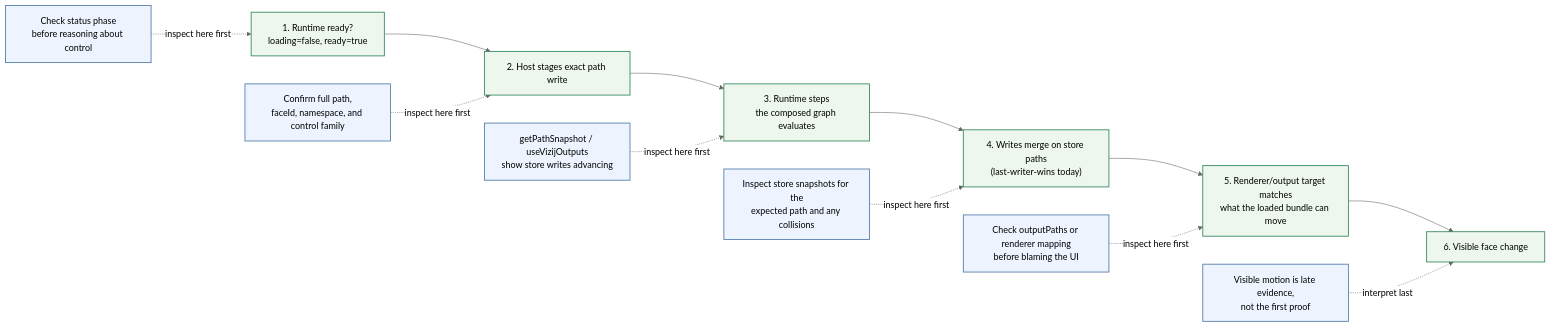
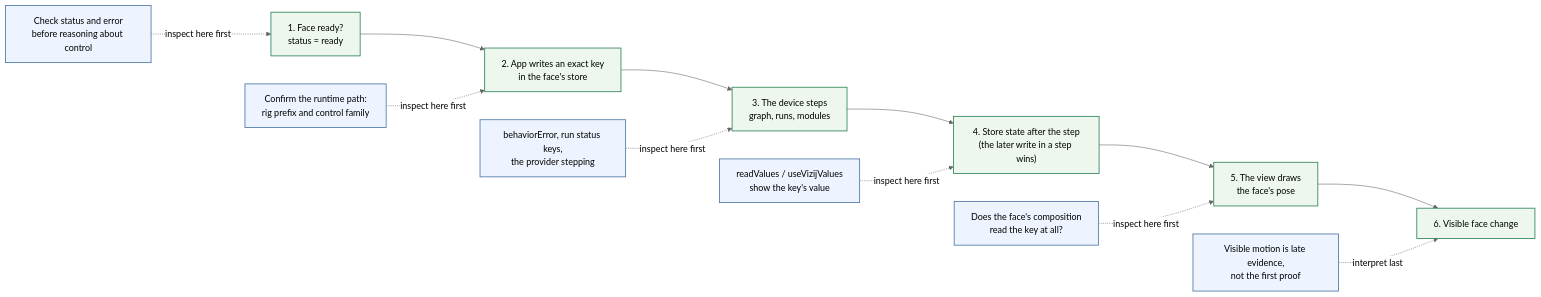
One commit to vizij-ai/vizij-docs changed the diagram in current_documentation/guidebook/control/orchestration-and-diagnostics.md. Above: the diagram before and after it, drawn with Mermaid (neutral theme). The commit also changed other lines of this file and 6 other files, not shown here.

````diff
--- a/current_documentation/guidebook/control/orchestration-and-diagnostics.md
+++ b/current_documentation/guidebook/control/orchestration-and-diagnostics.md
@@ -50,28 +50,28 @@
 ```mermaid
 flowchart LR
     classDef stage fill:#eef7ee,stroke:#2f855a,stroke-width:1.5px
     classDef evidence fill:#eef4ff,stroke:#4e79a7,stroke-width:1.5px
 
-    ready["1. Runtime ready?\nloading=false, ready=true"] --> stage["2. Host stages exact path write"]
-    stage --> step["3. Runtime steps\nthe composed graph evaluates"]
-    step --> merge["4. Writes merge on store paths\n(last-writer-wins today)"]
-    merge --> render["5. Renderer/output target matches\nwhat the loaded bundle can move"]
-    render --> face["6. Visible face change"]
+    ready["1. Face ready?\nstatus = ready"] --> write["2. App writes an exact key\nin the face's store"]
+    write --> step["3. The device steps\ngraph, runs, modules"]
+    step --> state["4. Store state after the step\n(the later write in a step wins)"]
+    state --> view["5. The view draws\nthe face's pose"]
+    view --> face["6. Visible face change"]
 
-    readyEvidence["Check status phase\nbefore reasoning about control"]
-    pathEvidence["Confirm full path,\nfaceId, namespace, and control family"]
-    orchEvidence["getPathSnapshot / useVizijOutputs\nshow store writes advancing"]
-    mergeEvidence["Inspect store snapshots for the\nexpected path and any collisions"]
-    renderEvidence["Check outputPaths or renderer mapping\nbefore blaming the UI"]
+    readyEvidence["Check status and error\nbefore reasoning about control"]
+    pathEvidence["Confirm the runtime path:\nrig prefix and control family"]
+    stepEvidence["behaviorError, run status keys,\nthe provider stepping"]
+    stateEvidence["readValues / useVizijValues\nshow the key's value"]
+    viewEvidence["Does the face's composition\nread the key at all?"]
     faceEvidence["Visible motion is late evidence,\nnot the first proof"]
 
     readyEvidence -. inspect here first .-> ready
-    pathEvidence -. inspect here first .-> stage
-    orchEvidence -. inspect here first .-> step
-    mergeEvidence -. inspect here first .-> merge
-    renderEvidence -. inspect here first .-> render
+    pathEvidence -. inspect here first .-> write
+    stepEvidence -. inspect here first .-> step
+    stateEvidence -. inspect here first .-> state
+    viewEvidence -. inspect here first .-> view
     faceEvidence -. interpret last .-> face
 
-    class ready,stage,step,merge,render,face stage
-    class readyEvidence,pathEvidence,orchEvidence,mergeEvidence,renderEvidence,faceEvidence evidence
+    class ready,write,step,state,view,face stage
+    class readyEvidence,pathEvidence,stepEvidence,stateEvidence,viewEvidence,faceEvidence evidence
 ```
````
